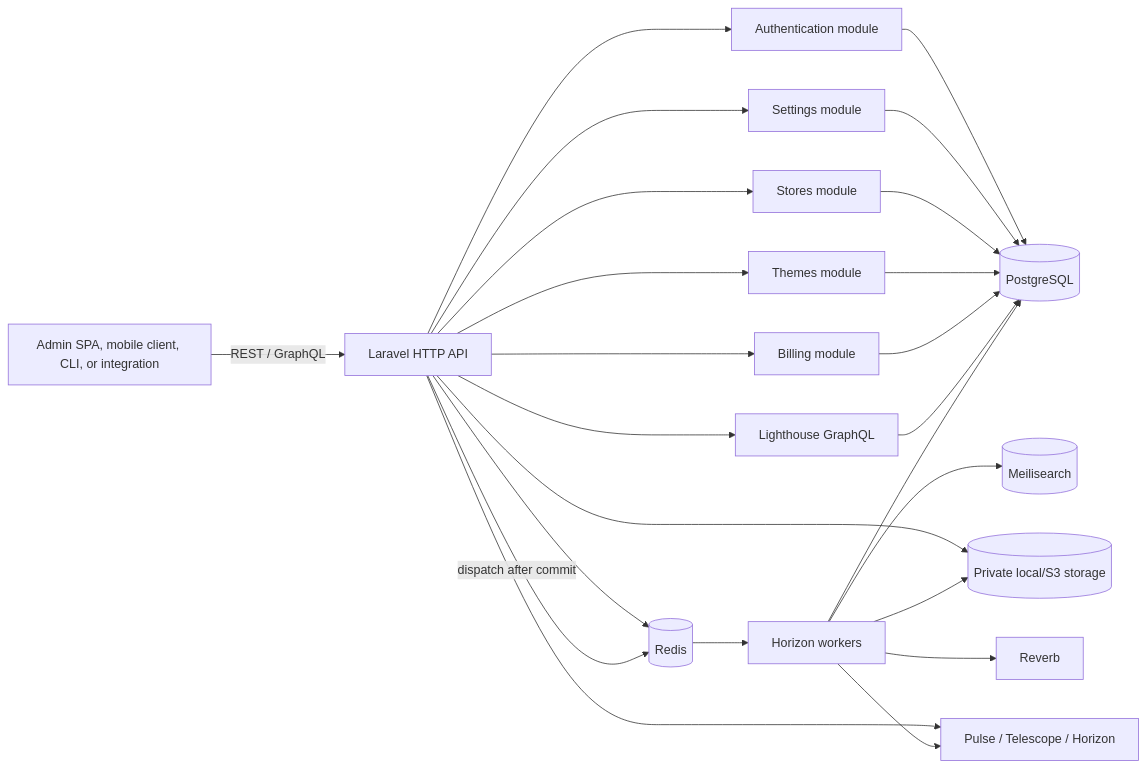
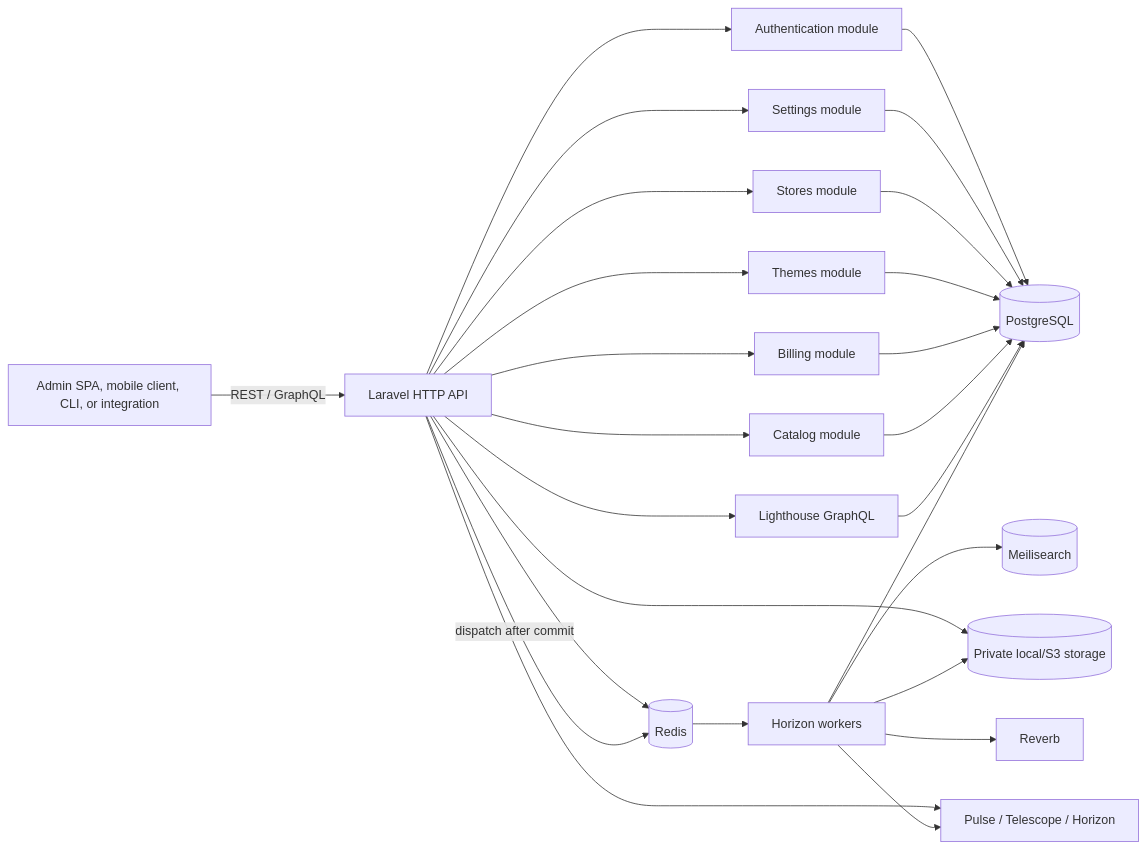
The first of 5 diagrams in docs/developer-guide.md (fzeeso/shopnxebk), drawn with Mermaid before and after one commit. The commit also changed other lines of this file and 63 other files, not shown here.

````diff
--- a/docs/developer-guide.md
+++ b/docs/developer-guide.md
@@ -11,42 +11,45 @@
 ```mermaid
 flowchart LR
     Client["Admin SPA, mobile client, CLI, or integration"]
     HTTP["Laravel HTTP API"]
     Auth["Authentication module"]
     Settings["Settings module"]
     Store["Stores module"]
     Themes["Themes module"]
     Billing["Billing module"]
+    Catalog["Catalog module"]
     GraphQL["Lighthouse GraphQL"]
     DB[("PostgreSQL")]
     Redis[("Redis")]
     Search[("Meilisearch")]
     Files[("Private local/S3 storage")]
     Queue["Horizon workers"]
     Reverb["Reverb"]
     Ops["Pulse / Telescope / Horizon"]
 
     Client -->|"REST / GraphQL"| HTTP
     HTTP --> Auth
     HTTP --> Settings
     HTTP --> Store
     HTTP --> Themes
     HTTP --> Billing
+    HTTP --> Catalog
     HTTP --> GraphQL
     Auth --> DB
     Settings --> DB
     Store --> DB
     Themes --> DB
     Billing --> DB
+    Catalog --> DB
     GraphQL --> DB
     HTTP --> Redis
     HTTP --> Files
     HTTP -->|"dispatch after commit"| Redis
     Redis --> Queue
     Queue --> DB
     Queue --> Search
     Queue --> Files
     Queue --> Reverb
     HTTP --> Ops
     Queue --> Ops
 ```
````
